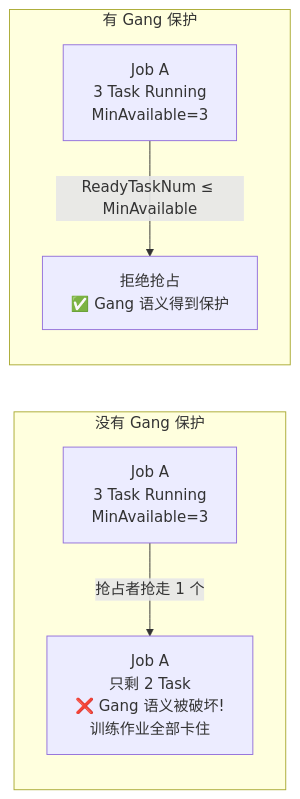
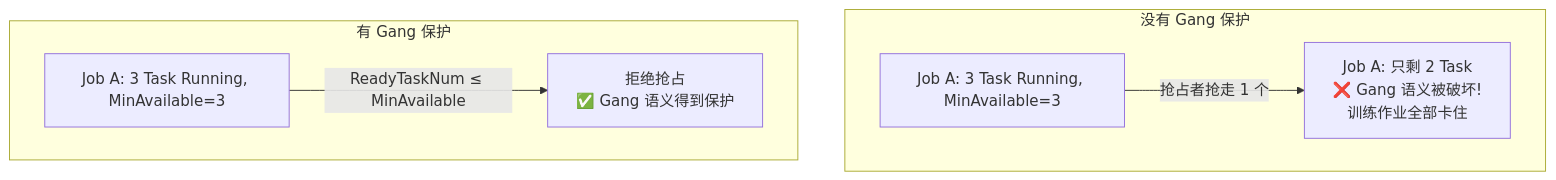
Diagram 11 of 16 in pkg/scheduler/plugins/gang/ANALYSIS.md (autsu/volcano), drawn with Mermaid before and after one commit. The commit also changed other lines of this file and 4 other files, not shown here.

````diff
--- a/pkg/scheduler/plugins/gang/ANALYSIS.md
+++ b/pkg/scheduler/plugins/gang/ANALYSIS.md
@@ -794,10 +795,10 @@
 ```mermaid
-flowchart LR
+flowchart TD
     subgraph WITHOUT[没有 Gang 保护]
-        W1[Job A<br/>3 Task Running<br/>MinAvailable=3] -->|抢占者抢走 1 个| W2[Job A<br/>只剩 2 Task<br/>❌ Gang 语义被破坏!<br/>训练作业全部卡住]
+        W1[Job A: 3 Task Running, MinAvailable=3] -->|"抢占者抢走 1 个"| W2["Job A: 只剩 2 Task<br/>❌ Gang 语义被破坏!<br/>训练作业全部卡住"]
     end
 
     subgraph WITH[有 Gang 保护]
-        V1[Job A<br/>3 Task Running<br/>MinAvailable=3] -->|ReadyTaskNum ≤ MinAvailable| V2[拒绝抢占<br/>✅ Gang 语义得到保护]
+        V1[Job A: 3 Task Running, MinAvailable=3] -->|"ReadyTaskNum ≤ MinAvailable"| V2["拒绝抢占<br/>✅ Gang 语义得到保护"]
     end
 ```
````
